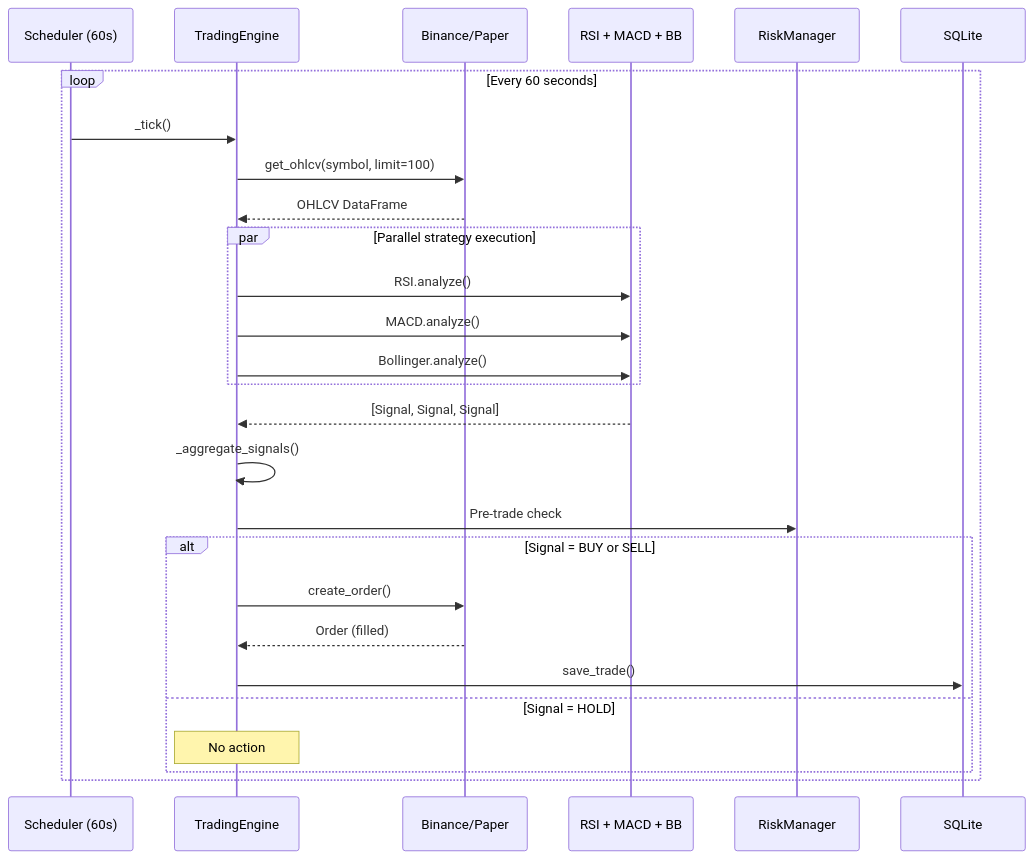
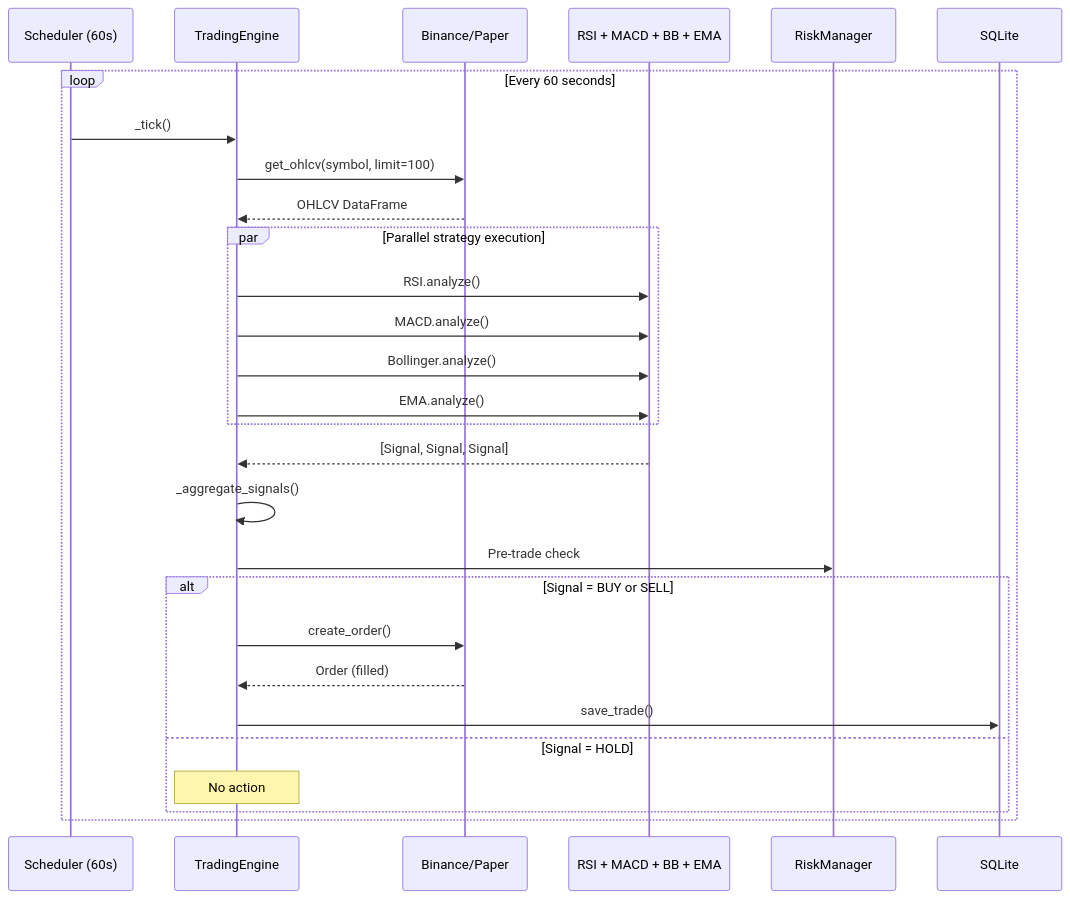
One commit to tarmosalong/tradingbot changed diagram 17 of 18 in README.md. Above: the diagram before and after it, drawn with Mermaid. The commit also changed other lines of this file and 14 other files, not shown here.

````diff
--- a/README.md
+++ b/README.md
@@ -1043,33 +1078,34 @@
 ```mermaid
 sequenceDiagram
     participant Timer as Scheduler (60s)
     participant Engine as TradingEngine
     participant Exchange as Binance/Paper
-    participant Strategies as RSI + MACD + BB
+    participant Strategies as RSI + MACD + BB + EMA
     participant Risk as RiskManager
     participant DB as SQLite
 
     loop Every 60 seconds
         Timer->>Engine: _tick()
         Engine->>Exchange: get_ohlcv(symbol, limit=100)
         Exchange-->>Engine: OHLCV DataFrame
 
         par Parallel strategy execution
             Engine->>Strategies: RSI.analyze()
             Engine->>Strategies: MACD.analyze()
             Engine->>Strategies: Bollinger.analyze()
+            Engine->>Strategies: EMA.analyze()
         end
 
         Strategies-->>Engine: [Signal, Signal, Signal]
         Engine->>Engine: _aggregate_signals()
         Engine->>Risk: Pre-trade check
 
         alt Signal = BUY or SELL
             Engine->>Exchange: create_order()
             Exchange-->>Engine: Order (filled)
             Engine->>DB: save_trade()
         else Signal = HOLD
             Note over Engine: No action
         end
     end
 ```
````
